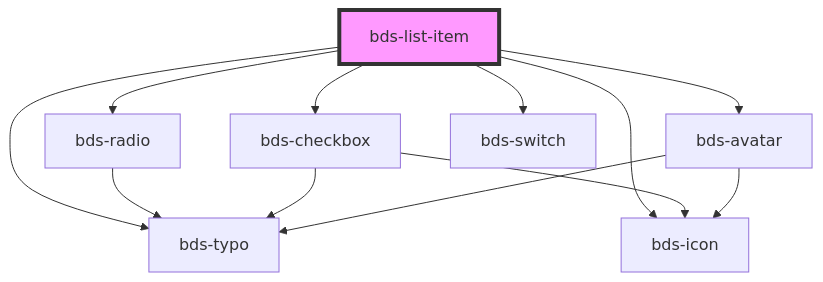
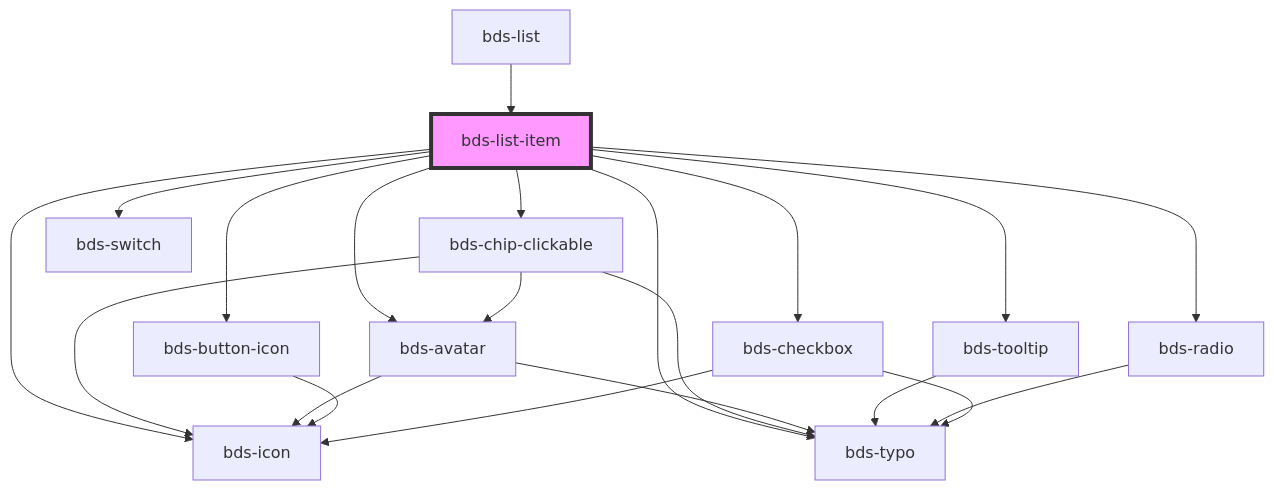
One commit to takenet/blip-ds changed the diagram in src/components/list/readme.md. Above: the diagram before and after it, drawn with Mermaid. The commit also changed other lines of this file and 10 other files, not shown here.

````diff
--- a/src/components/list/readme.md
+++ b/src/components/list/readme.md
@@ -41,15 +51,24 @@
 ```mermaid
 graph TD;
+  bds-list-item --> bds-chip-clickable
+  bds-list-item --> bds-tooltip
+  bds-list-item --> bds-button-icon
   bds-list-item --> bds-radio
   bds-list-item --> bds-checkbox
   bds-list-item --> bds-avatar
   bds-list-item --> bds-icon
   bds-list-item --> bds-typo
   bds-list-item --> bds-switch
+  bds-chip-clickable --> bds-icon
+  bds-chip-clickable --> bds-avatar
+  bds-chip-clickable --> bds-typo
+  bds-avatar --> bds-typo
+  bds-avatar --> bds-icon
+  bds-tooltip --> bds-typo
+  bds-button-icon --> bds-icon
   bds-radio --> bds-typo
   bds-checkbox --> bds-icon
   bds-checkbox --> bds-typo
-  bds-avatar --> bds-typo
-  bds-avatar --> bds-icon
+  bds-list --> bds-list-item
   style bds-list-item fill:#f9f,stroke:#333,stroke-width:4px
 ```
````
